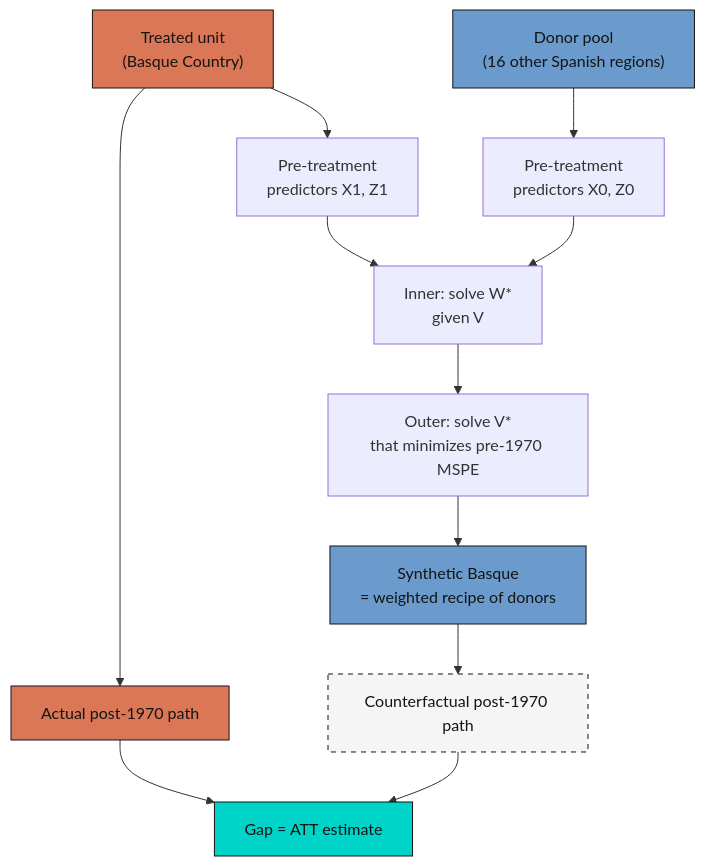
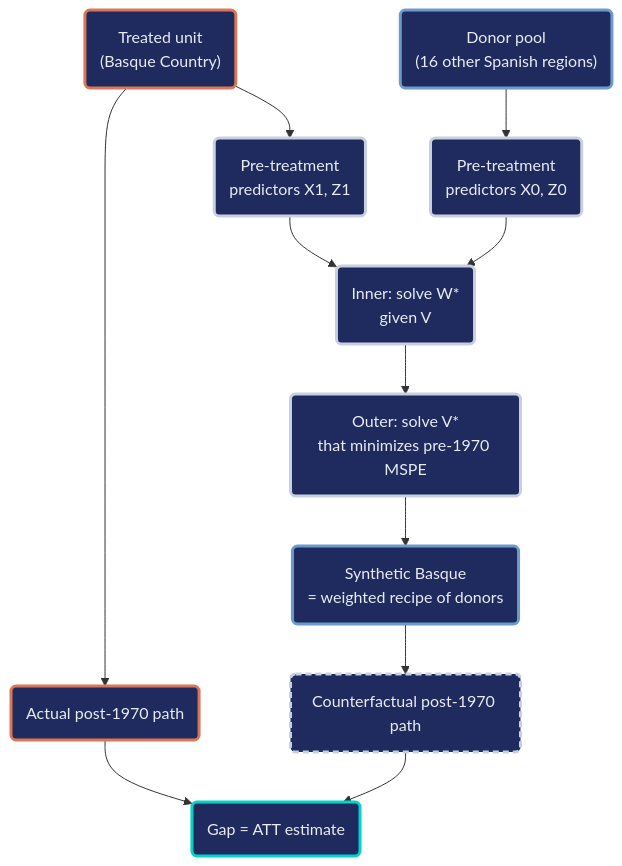
Before and after one commit to cmg777/starter-academic-v501: the diagram in content/post/r_basic_synthetic_control/index.md, drawn with Mermaid. The commit also changed 13 other files, not shown here.

First line of the commit message:
content(mermaid): restyle flowcharts in R posts

````diff
--- a/content/post/r_basic_synthetic_control/index.md
+++ b/content/post/r_basic_synthetic_control/index.md
@@ -85,19 +85,23 @@
 ```mermaid
 flowchart TD
-    A["Treated unit<br/>(Basque Country)"] --> C["Pre-treatment<br/>predictors X1, Z1"]
-    B["Donor pool<br/>(16 other Spanish regions)"] --> D["Pre-treatment<br/>predictors X0, Z0"]
-    C --> E["Inner: solve W*<br/>given V"]
+    A("Treated unit<br/>(Basque Country)") --> C("Pre-treatment<br/>predictors X1, Z1")
+    B("Donor pool<br/>(16 other Spanish regions)") --> D("Pre-treatment<br/>predictors X0, Z0")
+    C --> E("Inner: solve W*<br/>given V")
     D --> E
-    E --> F["Outer: solve V*<br/>that minimizes pre-1970 MSPE"]
-    F --> G["Synthetic Basque<br/>= weighted recipe of donors"]
-    A --> H["Actual post-1970 path"]
-    G --> I["Counterfactual post-1970 path"]
-    H --> J["Gap = ATT estimate"]
+    E --> F("Outer: solve V*<br/>that minimizes pre-1970 MSPE")
+    F --> G("Synthetic Basque<br/>= weighted recipe of donors")
+    A --> H("Actual post-1970 path")
+    G --> I("Counterfactual post-1970 path")
+    H --> J("Gap = ATT estimate")
     I --> J
-    style A fill:#d97757,stroke:#141413,color:#141413
-    style B fill:#6a9bcc,stroke:#141413,color:#141413
-    style G fill:#6a9bcc,stroke:#141413,color:#141413
-    style H fill:#d97757,stroke:#141413,color:#141413
-    style I fill:#f5f5f5,stroke:#141413,color:#141413,stroke-dasharray:5 5
-    style J fill:#00d4c8,stroke:#141413,color:#141413
+    classDef orange fill:#1f2b5e,stroke:#d97757,stroke-width:3px,color:#e8ecf2
+    classDef gray fill:#1f2b5e,stroke:#c8d0e0,stroke-width:3px,color:#e8ecf2
+    classDef blue fill:#1f2b5e,stroke:#6a9bcc,stroke-width:3px,color:#e8ecf2
+    classDef gray_dash fill:#1f2b5e,stroke:#c8d0e0,stroke-width:3px,color:#e8ecf2,stroke-dasharray:6 4
+    classDef teal fill:#1f2b5e,stroke:#00d4c8,stroke-width:3px,color:#e8ecf2
+    class A,H orange
+    class C,D,E,F gray
+    class B,G blue
+    class I gray_dash
+    class J teal
 ```
````
